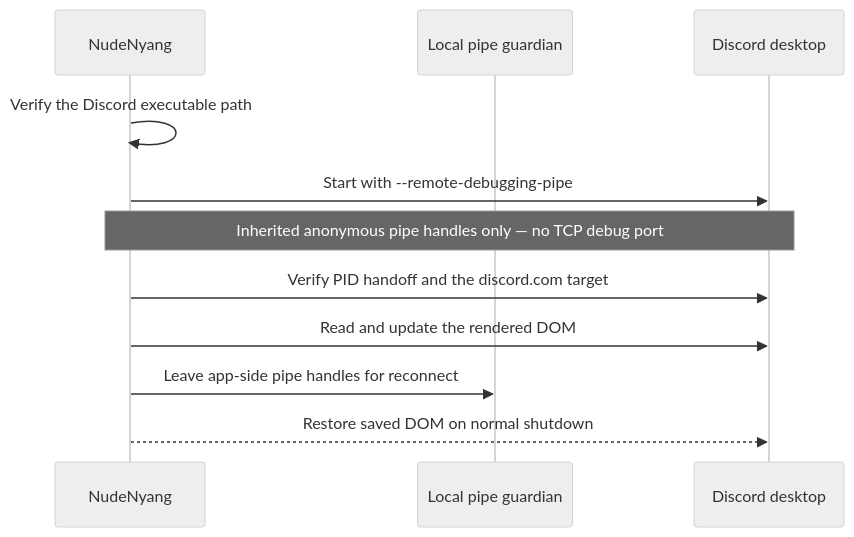
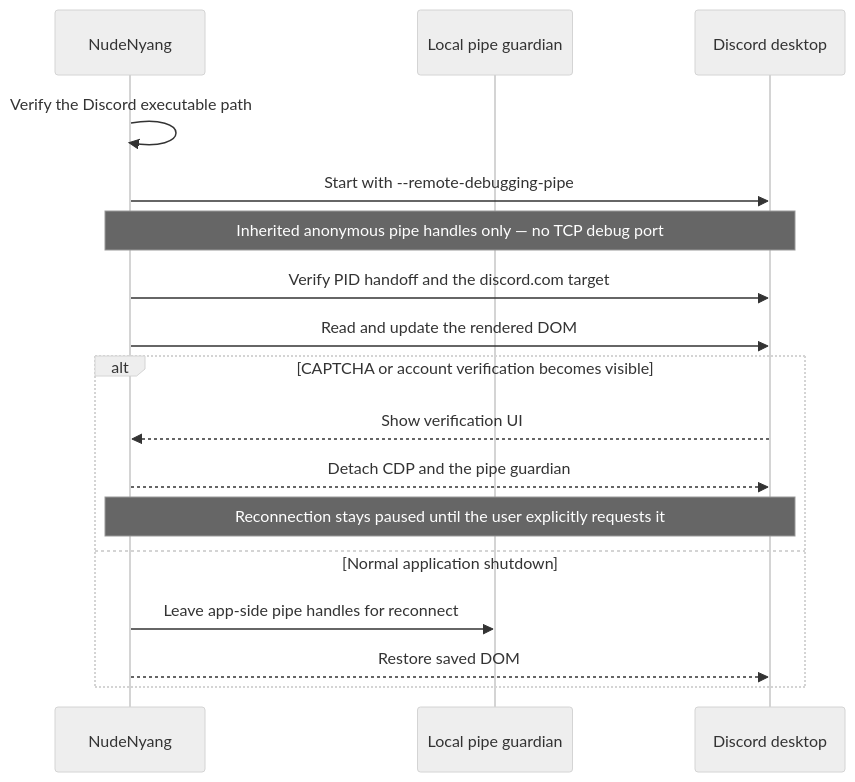
One commit to NudeNyang/NudeNyang-Discord-Translator changed the second of 2 diagrams in README.md. Above: the diagram before and after it, drawn with Mermaid (neutral theme). The commit also changed other lines of this file and 18 other files, not shown here.

````diff
--- a/README.md
+++ b/README.md
@@ -90,14 +90,20 @@
 ```mermaid
 sequenceDiagram
     participant App as NudeNyang
     participant Guard as Local pipe guardian
     participant Discord as Discord desktop
 
     App->>App: Verify the Discord executable path
     App->>Discord: Start with --remote-debugging-pipe
     Note over App,Discord: Inherited anonymous pipe handles only — no TCP debug port
     App->>Discord: Verify PID handoff and the discord.com target
     App->>Discord: Read and update the rendered DOM
-    App->>Guard: Leave app-side pipe handles for reconnect
-    App-->>Discord: Restore saved DOM on normal shutdown
+    alt CAPTCHA or account verification becomes visible
+        Discord-->>App: Show verification UI
+        App-->>Discord: Detach CDP and the pipe guardian
+        Note over App,Discord: Reconnection stays paused until the user explicitly requests it
+    else Normal application shutdown
+        App->>Guard: Leave app-side pipe handles for reconnect
+        App-->>Discord: Restore saved DOM
+    end
 ```
````
